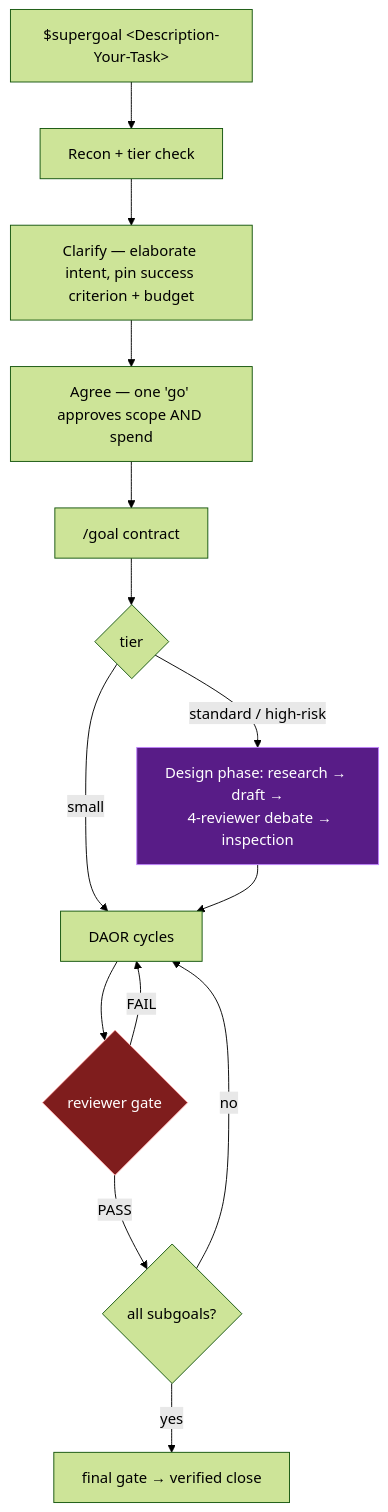
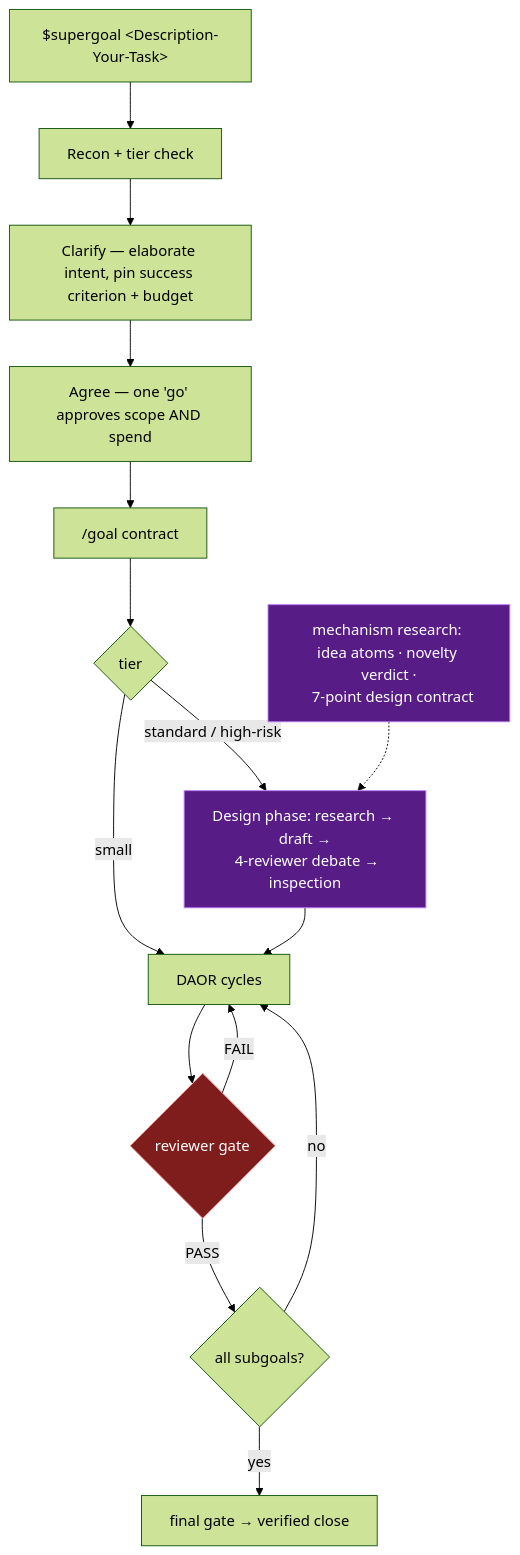
Before and after one commit to lidapengpeng/SuperGoal-Skill: the diagram in README.md, drawn with Mermaid (forest theme). The commit also changed 1 other file, not shown here.

Commit message:
Add mechanism-research note to README workflow diagrams

````diff
--- a/README.md
+++ b/README.md
@@ -45,22 +45,24 @@
 ```mermaid
 flowchart TD
   A["$supergoal &lt;Description-Your-Task&gt;"] --> B["Recon + tier check"]
   B --> C["Clarify — elaborate intent, pin success criterion + budget"]
   C --> D["Agree — one 'go' approves scope AND spend"]
   D --> E["/goal contract"]
   E --> F{"tier"}
   F -->|standard / high-risk| G["Design phase: research → draft →
   4-reviewer debate → inspection"]
   F -->|small| H["DAOR cycles"]
+  M["mechanism research: idea atoms · novelty verdict ·
+  7-point design contract"] -.-> G
   G --> H
   H --> I{"reviewer gate"}
   I -->|FAIL| H
   I -->|PASS| J{"all subgoals?"}
   J -->|no| H
   J -->|yes| K["final gate → verified close"]
 
   classDef gate fill:#7f1d1d,stroke:#fca5a5,color:#fff;
   classDef design fill:#581c87,stroke:#c084fc,color:#fff;
   class I gate;
-  class G design;
+  class G,M design;
 ```
````
